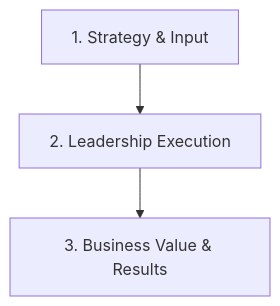
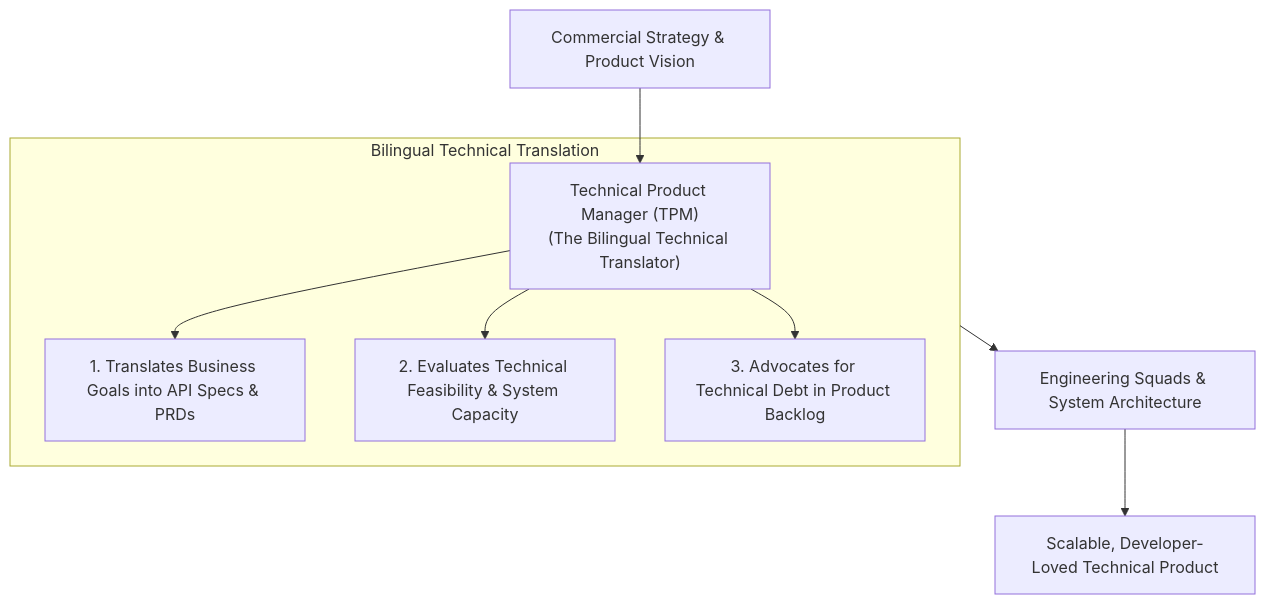
One commit to PankajKumarCTO/blog-store changed the diagram in users/pankajhyd/posts/technical-product-management-tpm-role-responsibilities.md. Above: the diagram before and after it, drawn with Mermaid. The commit also changed other lines of this file, not shown here.

Commit message:
Review and update post-043 content, PPT slides, and Mermaid diagram

````diff
--- a/users/pankajhyd/posts/technical-product-management-tpm-role-responsibilities.md
+++ b/users/pankajhyd/posts/technical-product-management-tpm-role-responsibilities.md
@@ -34,5 +55,13 @@
 ```mermaid
 graph TD
-    Input["1. Strategy & Input"] --> Process["2. Leadership Execution"]
-    Process --> Output["3. Business Value & Results"]
+    Business["Commercial Strategy & Product Vision"] --> TPM["Technical Product Manager (TPM)<br/>(The Bilingual Technical Translator)"]
+    
+    subgraph Translation["Bilingual Technical Translation"]
+        TPM --> Step1["1. Translates Business Goals into API Specs & PRDs"]
+        TPM --> Step2["2. Evaluates Technical Feasibility & System Capacity"]
+        TPM --> Step3["3. Advocates for Technical Debt in Product Backlog"]
+    end
+    
+    Translation --> Engineering["Engineering Squads & System Architecture"]
+    Engineering --> Success["Scalable, Developer-Loved Technical Product"]
 ```
````
